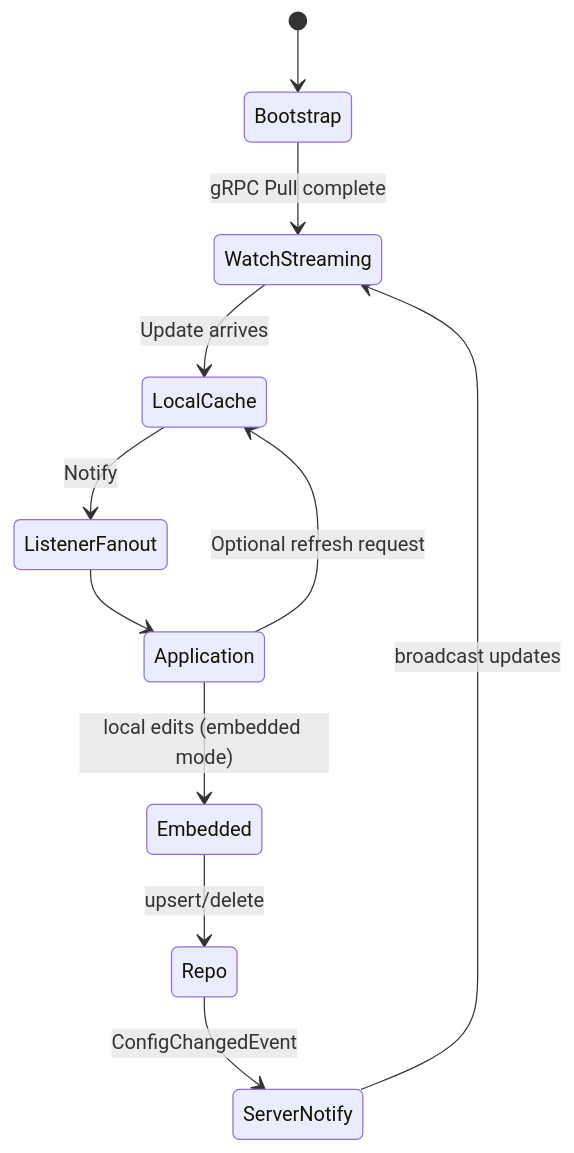
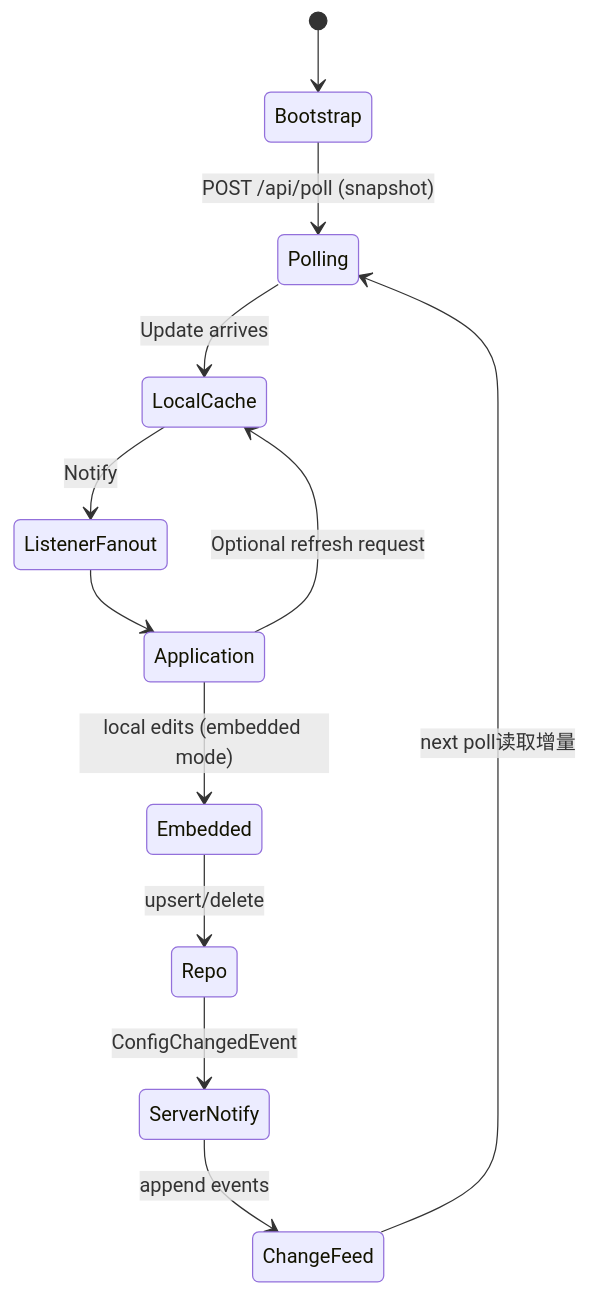
Before and after one commit to wuuJiawei/lighting-config: the diagram in docs/diagrams/communication-overview.md, drawn with Mermaid. The commit also changed 32 other files, not shown here.

First line of the commit message:
Remove gRPC support and transition to HTTP polling mechanism

````diff
--- a/docs/diagrams/communication-overview.md
+++ b/docs/diagrams/communication-overview.md
@@ -3,13 +3,14 @@
 ```mermaid
 stateDiagram-v2
     [*] --> Bootstrap
-    Bootstrap --> WatchStreaming: gRPC Pull complete
-    WatchStreaming --> LocalCache: Update arrives
+    Bootstrap --> Polling: POST /api/poll (snapshot)
+    Polling --> LocalCache: Update arrives
     LocalCache --> ListenerFanout: Notify
     ListenerFanout --> Application
     Application --> LocalCache: Optional refresh request
     Application --> Embedded: local edits (embedded mode)
     Embedded --> Repo: upsert/delete
     Repo --> ServerNotify: ConfigChangedEvent
-    ServerNotify --> WatchStreaming: broadcast updates
+    ServerNotify --> ChangeFeed: append events
+    ChangeFeed --> Polling: next poll读取增量
 ```
````
